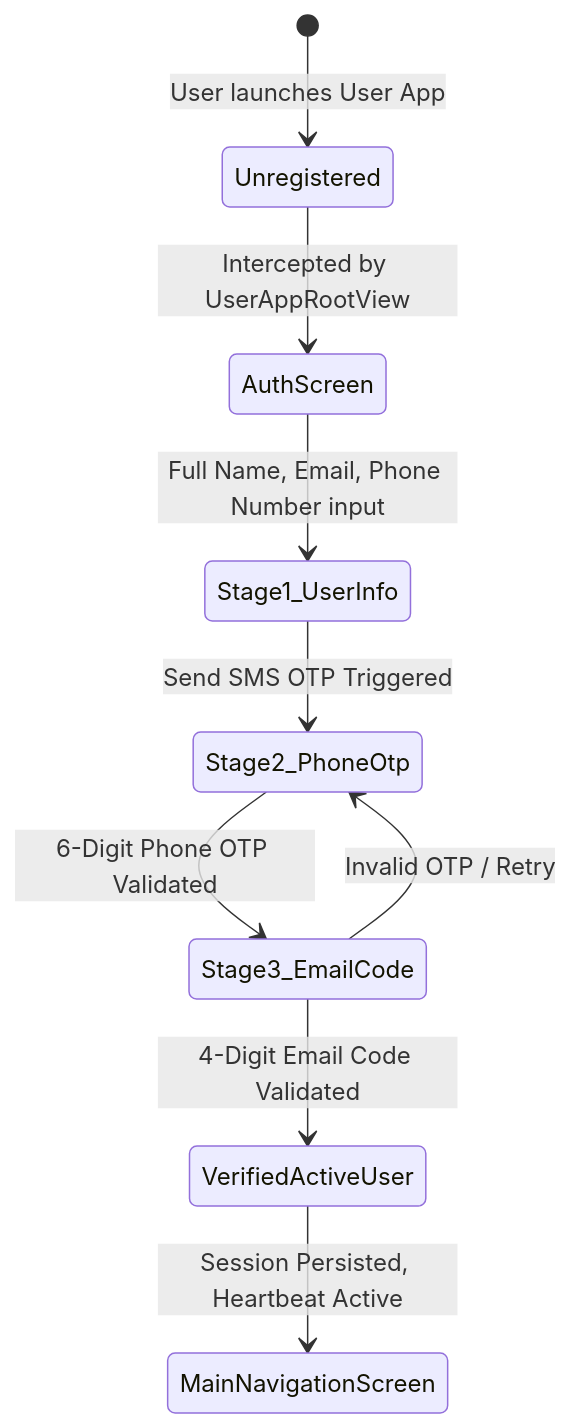
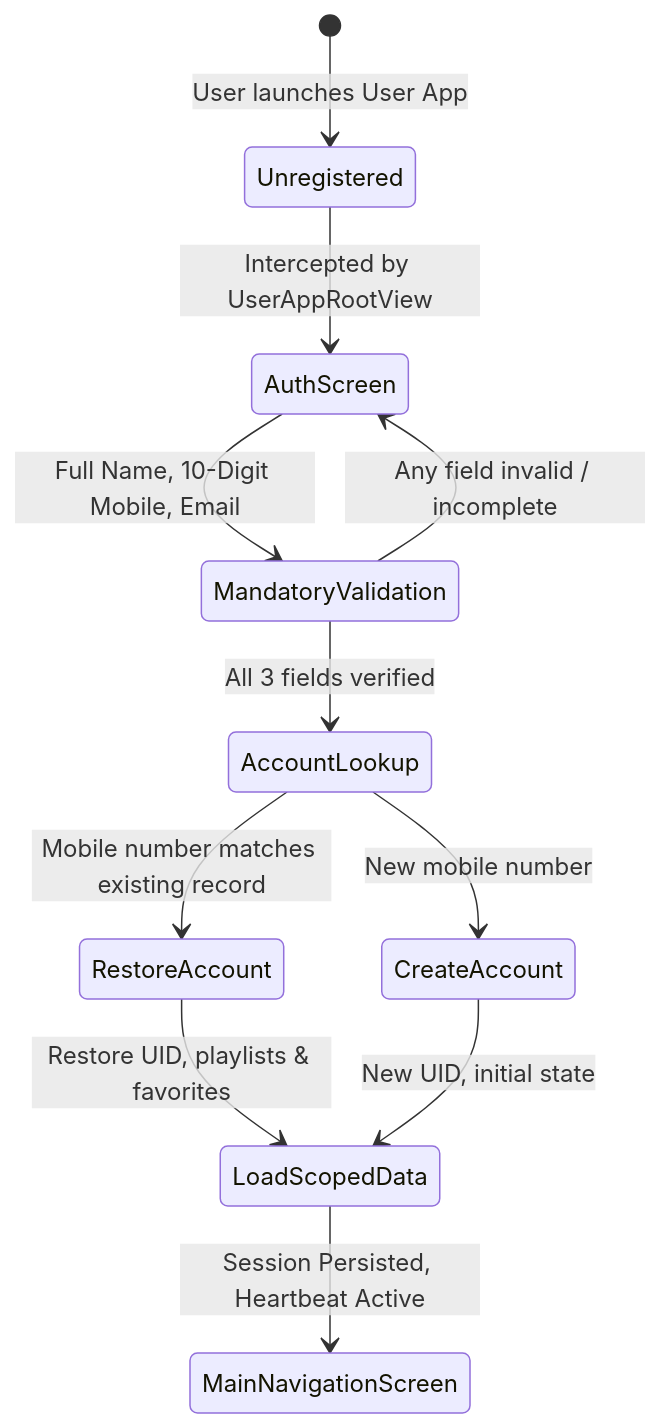
Before and after one commit to rajeshsainkdk-bot/msixa_player: the second of 3 diagrams in library/technical/TECHNICAL_ARCHITECTURE_THEORETICAL_SPEC.md, drawn with Mermaid. The commit also changed other lines of this file and 8 other files, not shown here.

Commit message:
feat: zero-OTP instant registration with mandatory name, 10-digit phone, email & automatic account/playlist recovery

````diff
--- a/library/technical/TECHNICAL_ARCHITECTURE_THEORETICAL_SPEC.md
+++ b/library/technical/TECHNICAL_ARCHITECTURE_THEORETICAL_SPEC.md
@@ -86,11 +86,13 @@
 ```mermaid
 stateDiagram-v2
     [*] --> Unregistered: User launches User App
     Unregistered --> AuthScreen: Intercepted by UserAppRootView
-    AuthScreen --> Stage1_UserInfo: Full Name, Email, Phone Number input
-    Stage1_UserInfo --> Stage2_PhoneOtp: Send SMS OTP Triggered
-    Stage2_PhoneOtp --> Stage3_EmailCode: 6-Digit Phone OTP Validated
-    Stage3_EmailCode --> Stage2_PhoneOtp: Invalid OTP / Retry
-    Stage3_EmailCode --> VerifiedActiveUser: 4-Digit Email Code Validated
-    VerifiedActiveUser --> MainNavigationScreen: Session Persisted, Heartbeat Active
+    AuthScreen --> MandatoryValidation: Full Name, 10-Digit Mobile, Email
+    MandatoryValidation --> AuthScreen: Any field invalid / incomplete
+    MandatoryValidation --> AccountLookup: All 3 fields verified
+    AccountLookup --> RestoreAccount: Mobile number matches existing record
+    AccountLookup --> CreateAccount: New mobile number
+    RestoreAccount --> LoadScopedData: Restore UID, playlists & favorites
+    CreateAccount --> LoadScopedData: New UID, initial state
+    LoadScopedData --> MainNavigationScreen: Session Persisted, Heartbeat Active
 ```
````
